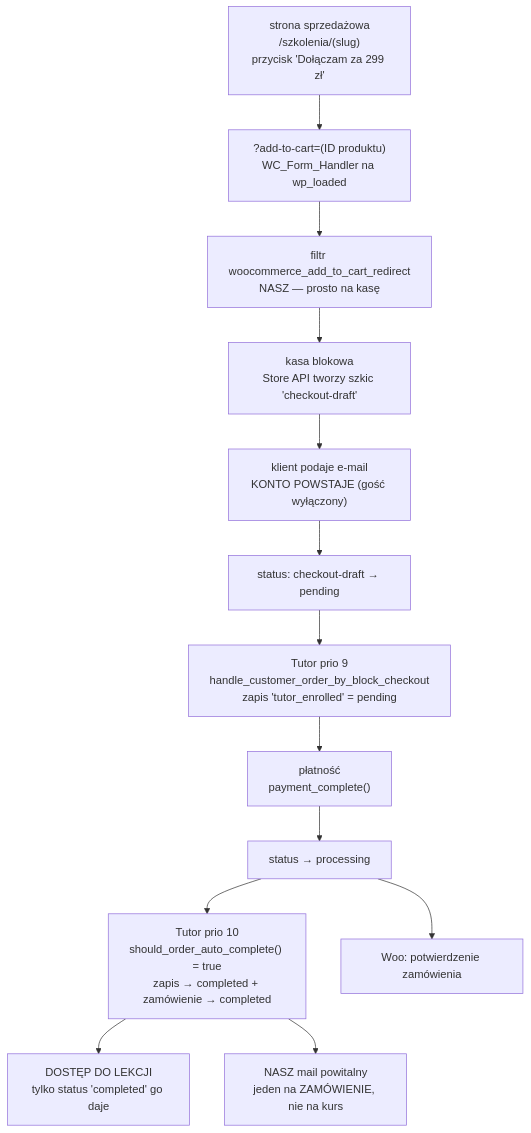
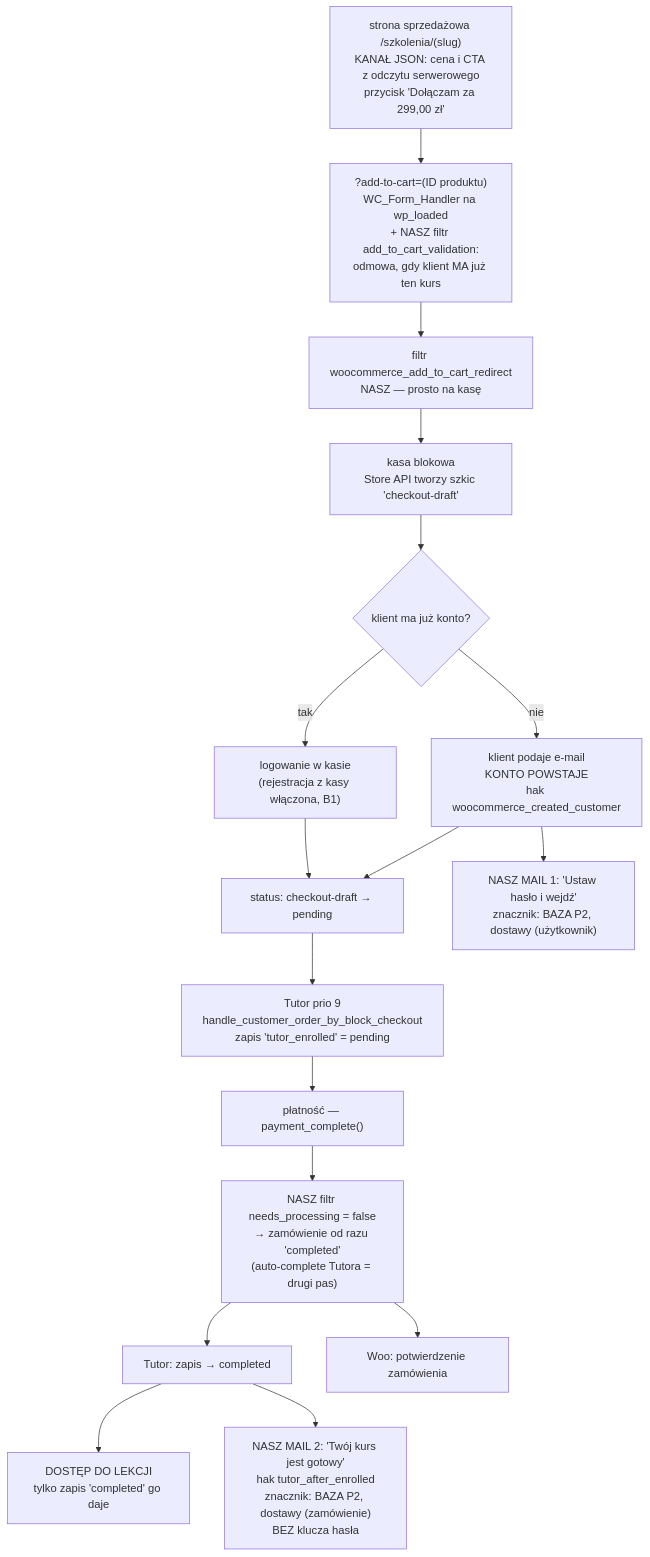
One commit to krzysiek2115op/aai-platforma-szkolen changed the second of 4 diagrams in docs/plugin-2/DIAGRAM.md. Above: the diagram before and after it, drawn with Mermaid. The commit also changed other lines of this file, not shown here.

First line of the commit message:
Schemat Pluginu 2 mówi jednym głosem po wprowadzeniu całej krytyki

````diff
--- a/docs/plugin-2/DIAGRAM.md
+++ b/docs/plugin-2/DIAGRAM.md
@@ -57,20 +154,27 @@
 ```mermaid
 flowchart TD
-    A["strona sprzedażowa<br/>/szkolenia/(slug)<br/>przycisk 'Dołączam za 299 zł'"]
-    B["?add-to-cart=(ID produktu)<br/>WC_Form_Handler na wp_loaded"]
+    A["strona sprzedażowa /szkolenia/(slug)<br/>KANAŁ JSON: cena i CTA z odczytu serwerowego<br/>przycisk 'Dołączam za 299,00 zł'"]
+    B["?add-to-cart=(ID produktu)<br/>WC_Form_Handler na wp_loaded<br/>+ NASZ filtr add_to_cart_validation:<br/>odmowa, gdy klient MA już ten kurs"]
     C["filtr woocommerce_add_to_cart_redirect<br/>NASZ — prosto na kasę"]
     D["kasa blokowa<br/>Store API tworzy szkic 'checkout-draft'"]
-    E["klient podaje e-mail<br/>KONTO POWSTAJE (gość wyłączony)"]
+    E1{"klient ma już konto?"}
+    E2["logowanie w kasie<br/>(rejestracja z kasy włączona, B1)"]
+    E3["klient podaje e-mail<br/>KONTO POWSTAJE<br/>hak woocommerce_created_customer"]
+    L1["NASZ MAIL 1: 'Ustaw hasło i wejdź'<br/>znacznik: BAZA P2, dostawy (użytkownik)"]
     F["status: checkout-draft → pending"]
     G["Tutor prio 9<br/>handle_customer_order_by_block_checkout<br/>zapis 'tutor_enrolled' = pending"]
-    H["płatność<br/>payment_complete()"]
-    I["status → processing"]
-    J["Tutor prio 10<br/>should_order_auto_complete() = true<br/>zapis → completed + zamówienie → completed"]
-    K["DOSTĘP DO LEKCJI<br/>tylko status 'completed' go daje"]
-    L["NASZ mail powitalny<br/>jeden na ZAMÓWIENIE, nie na kurs"]
+    H["płatność — payment_complete()"]
+    I["NASZ filtr needs_processing = false<br/>→ zamówienie od razu 'completed'<br/>(auto-complete Tutora = drugi pas)"]
+    J["Tutor: zapis → completed"]
+    K["DOSTĘP DO LEKCJI<br/>tylko zapis 'completed' go daje"]
+    L2["NASZ MAIL 2: 'Twój kurs jest gotowy'<br/>hak tutor_after_enrolled<br/>znacznik: BAZA P2, dostawy (zamówienie)<br/>BEZ klucza hasła"]
     M["Woo: potwierdzenie zamówienia"]
 
-    A --> B --> C --> D --> E --> F --> G --> H --> I --> J --> K
-    J --> L
+    A --> B --> C --> D --> E1
+    E1 -->|tak| E2 --> F
+    E1 -->|nie| E3 --> F
+    E3 --> L1
+    F --> G --> H --> I --> J --> K
+    J --> L2
     I --> M
 ```
````
